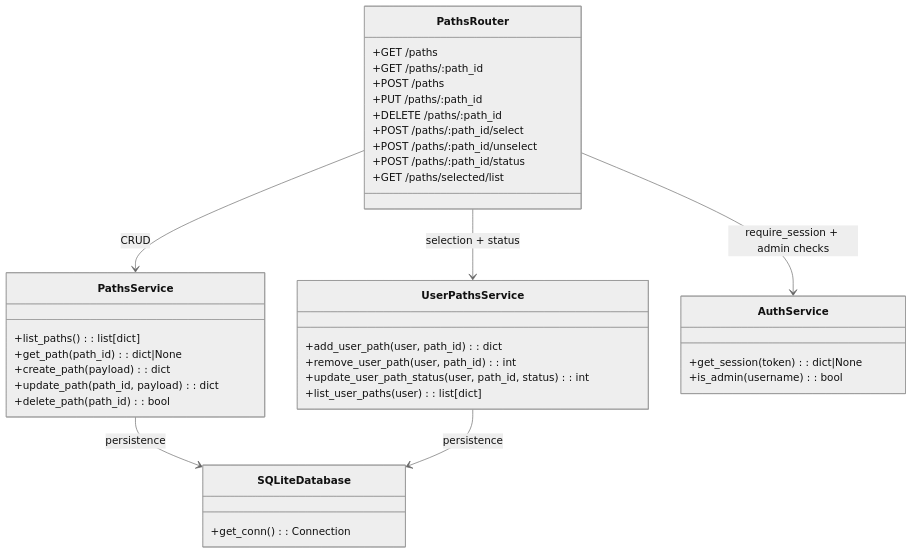
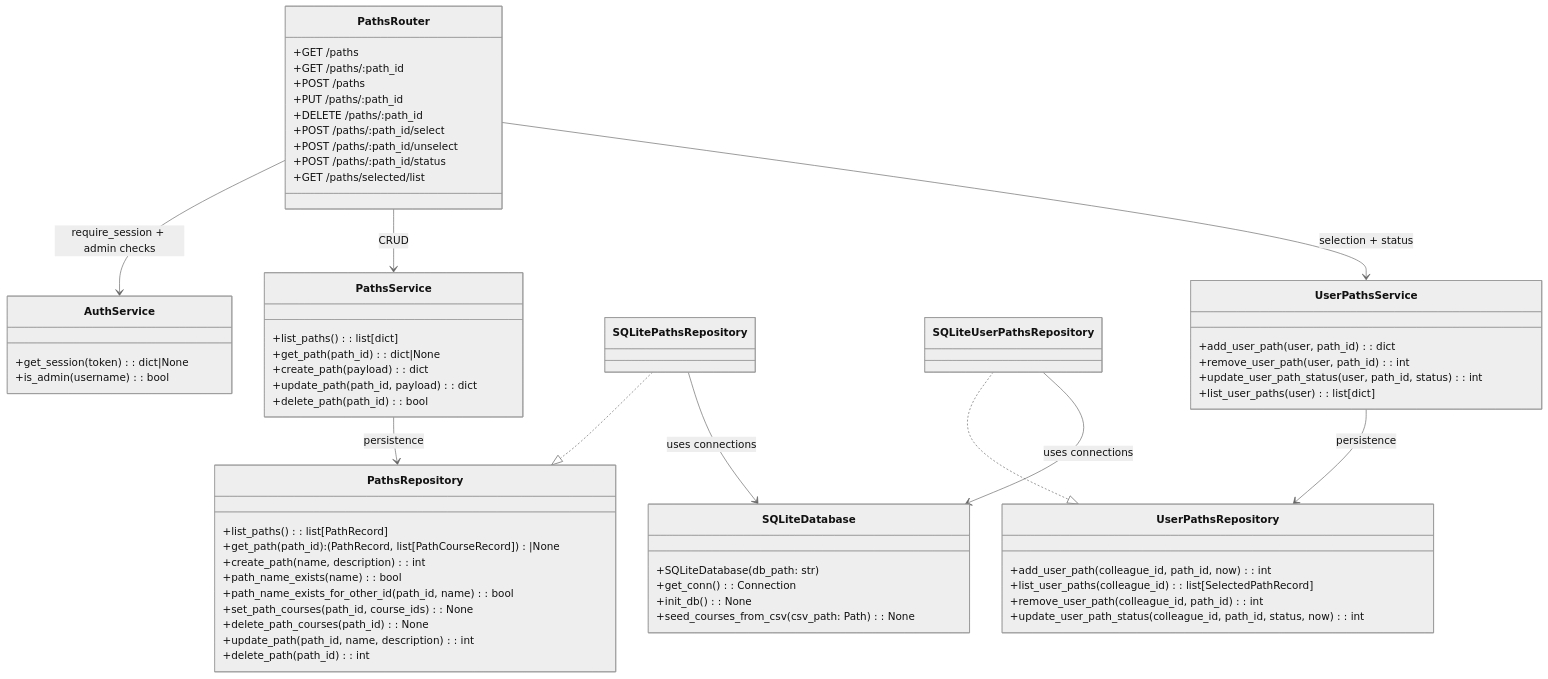
Before and after one commit to JustinMelger/Upstream: the ninth of 13 diagrams in docs/architecture.md, drawn with Mermaid (neutral theme). The commit also changed 11 other files, not shown here.

Commit message:
refactor: path according to new architecture

````diff
--- a/docs/architecture.md
+++ b/docs/architecture.md
@@ -300,44 +300,76 @@
 ```mermaid
 classDiagram
   class PathsRouter {
     +GET /paths
     +GET /paths/:path_id
     +POST /paths
     +PUT /paths/:path_id
     +DELETE /paths/:path_id
     +POST /paths/:path_id/select
     +POST /paths/:path_id/unselect
     +POST /paths/:path_id/status
     +GET /paths/selected/list
   }
 
   class PathsService {
     +list_paths(): list[dict]
     +get_path(path_id): dict|None
     +create_path(payload): dict
     +update_path(path_id, payload): dict
     +delete_path(path_id): bool
   }
 
   class UserPathsService {
     +add_user_path(user, path_id): dict
     +remove_user_path(user, path_id): int
     +update_user_path_status(user, path_id, status): int
     +list_user_paths(user): list[dict]
   }
 
+  class PathsRepository {
+    +list_paths(): list[PathRecord]
+    +get_path(path_id): (PathRecord, list[PathCourseRecord])|None
+    +create_path(name, description): int
+    +path_name_exists(name): bool
+    +path_name_exists_for_other_id(path_id, name): bool
+    +set_path_courses(path_id, course_ids): None
+    +delete_path_courses(path_id): None
+    +update_path(path_id, name, description): int
+    +delete_path(path_id): int
+  }
+
+  class SQLitePathsRepository {
+  }
+
+  class UserPathsRepository {
+    +add_user_path(colleague_id, path_id, now): int
+    +list_user_paths(colleague_id): list[SelectedPathRecord]
+    +remove_user_path(colleague_id, path_id): int
+    +update_user_path_status(colleague_id, path_id, status, now): int
+  }
+
+  class SQLiteUserPathsRepository {
+  }
+
   class AuthService {
     +get_session(token): dict|None
     +is_admin(username): bool
   }
 
   class SQLiteDatabase {
+    +SQLiteDatabase(db_path: str)
     +get_conn(): Connection
+    +init_db(): None
+    +seed_courses_from_csv(csv_path: Path): None
   }
 
   PathsRouter --> AuthService : require_session + admin checks
   PathsRouter --> PathsService : CRUD
   PathsRouter --> UserPathsService : selection + status
-  PathsService --> SQLiteDatabase : persistence
-  UserPathsService --> SQLiteDatabase : persistence
+  PathsService --> PathsRepository : persistence
+  SQLitePathsRepository ..|> PathsRepository
+  SQLitePathsRepository --> SQLiteDatabase : uses connections
+  UserPathsService --> UserPathsRepository : persistence
+  SQLiteUserPathsRepository ..|> UserPathsRepository
+  SQLiteUserPathsRepository --> SQLiteDatabase : uses connections
 ```
````
